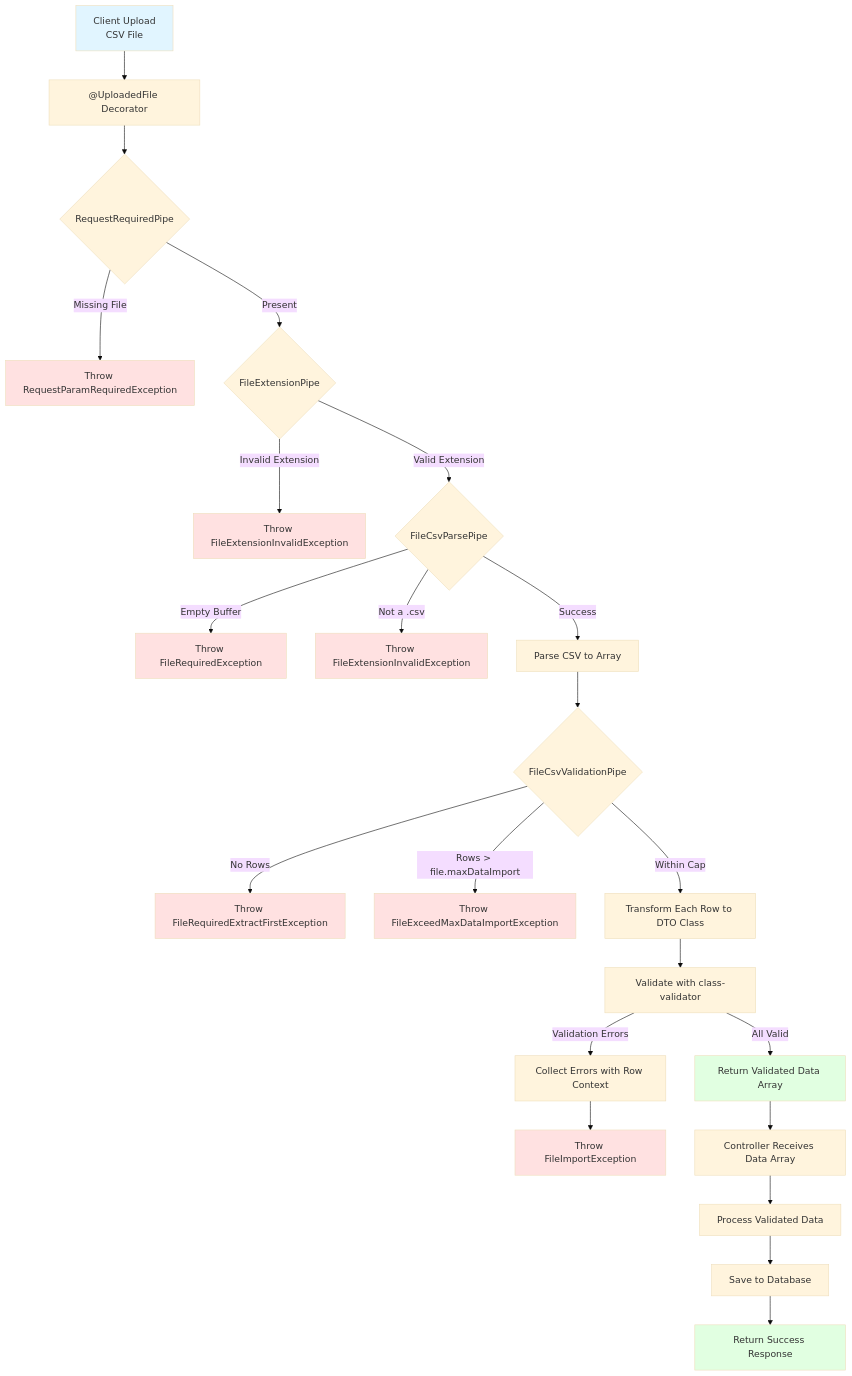
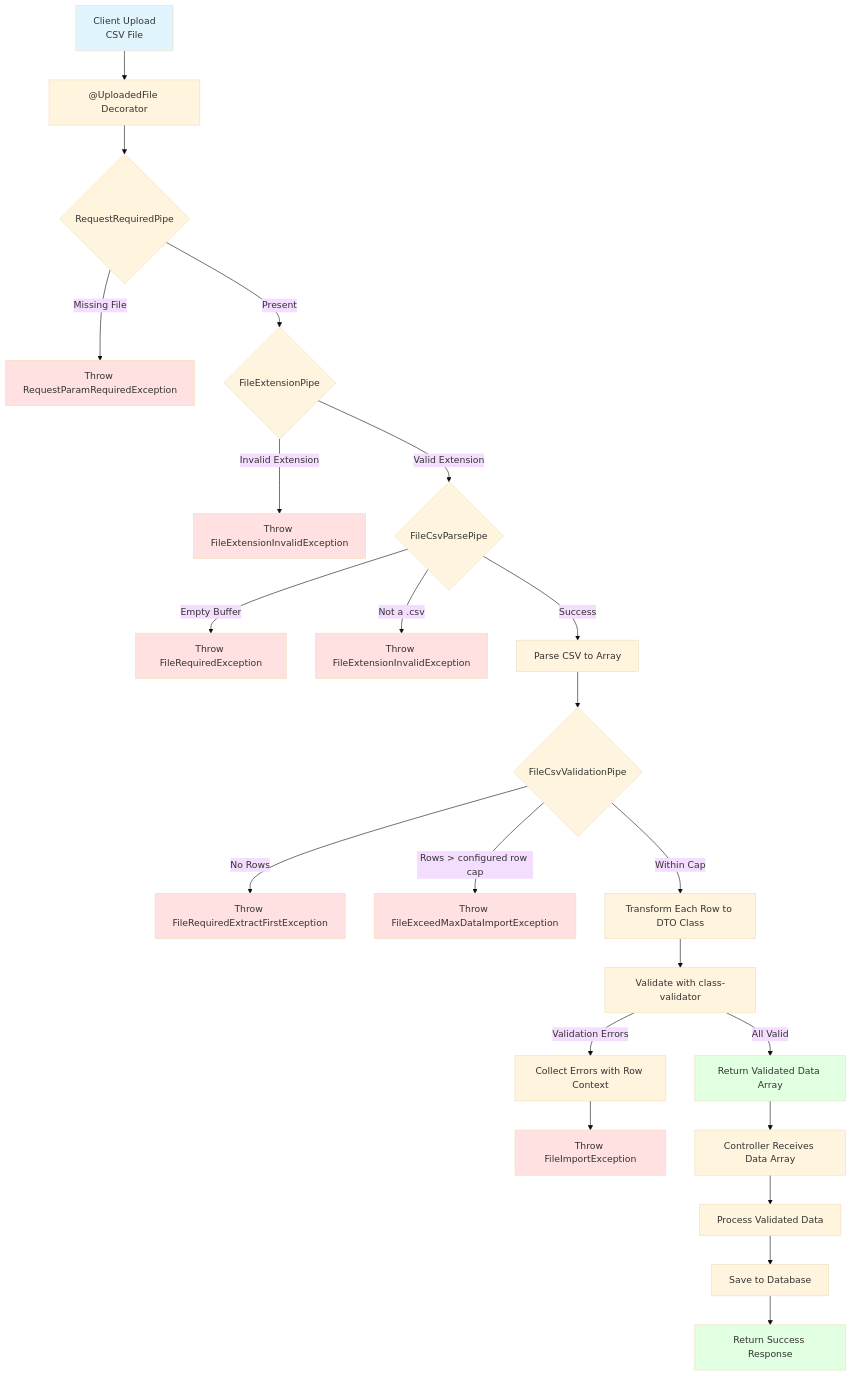
Before and after one commit to andrechristikan/ack-nestjs-boilerplate: the diagram in docs/file-upload.md, drawn with Mermaid (base theme). The commit also changed other lines of this file and 24 other files, not shown here.

````diff
--- a/docs/file-upload.md
+++ b/docs/file-upload.md
@@ -189,43 +191,43 @@
 ```mermaid
 flowchart TD
     A[Client Upload<br/>CSV File] --> B[ @UploadedFile Decorator]
     B --> B2{RequestRequiredPipe}
     
     B2 -->|Missing File| B3[Throw RequestParamRequiredException]
     B2 -->|Present| C{FileExtensionPipe}
     
     C -->|Invalid Extension| D[Throw FileExtensionInvalidException]
     C -->|Valid Extension| E{FileCsvParsePipe}
     
     E -->|Empty Buffer| F[Throw FileRequiredException]
     E -->|Not a .csv| G[Throw FileExtensionInvalidException]
     E -->|Success| H[Parse CSV to Array]
     
     H --> I{FileCsvValidationPipe}
     
     I -->|No Rows| I2[Throw FileRequiredExtractFirstException]
-    I -->|Rows > file.maxDataImport| I3[Throw FileExceedMaxDataImportException]
+    I -->|Rows > configured row cap| I3[Throw FileExceedMaxDataImportException]
     I -->|Within Cap| J[Transform Each Row to DTO Class]
     J --> K[Validate with class-validator]
     
     K -->|Validation Errors| L[Collect Errors with Row Context]
     L --> M[Throw FileImportException]
     
     K -->|All Valid| N[Return Validated Data Array]
     N --> O[Controller Receives Data Array]
     O --> P[Process Validated Data]
     
     P --> Q[Save to Database]
     Q --> R[Return Success Response]
     
     style A fill:#e1f5ff
     style B3 fill:#ffe1e1
     style D fill:#ffe1e1
     style F fill:#ffe1e1
     style G fill:#ffe1e1
     style I2 fill:#ffe1e1
     style I3 fill:#ffe1e1
     style M fill:#ffe1e1
     style N fill:#e1ffe1
     style R fill:#e1ffe1
 ```
````
